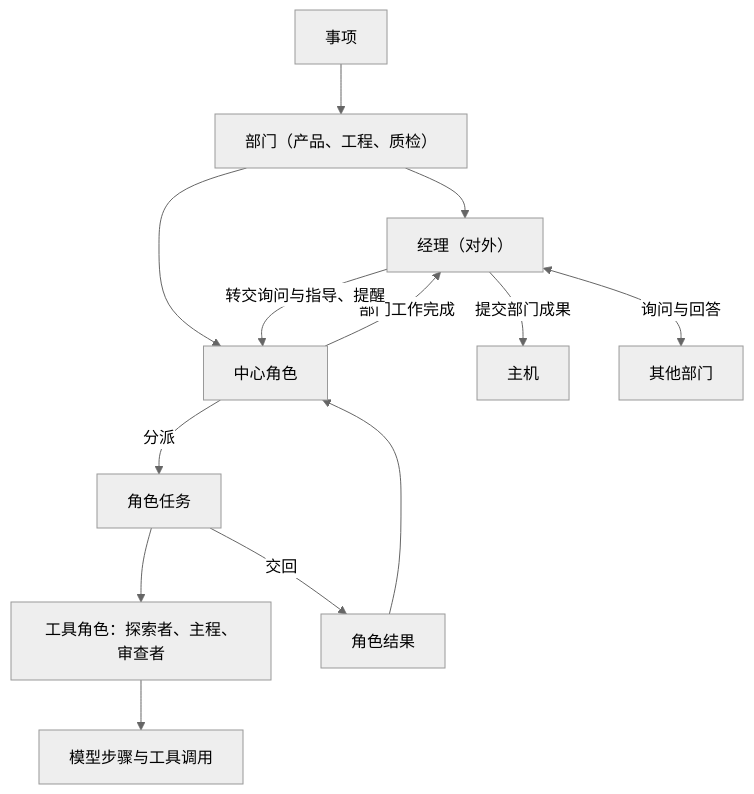
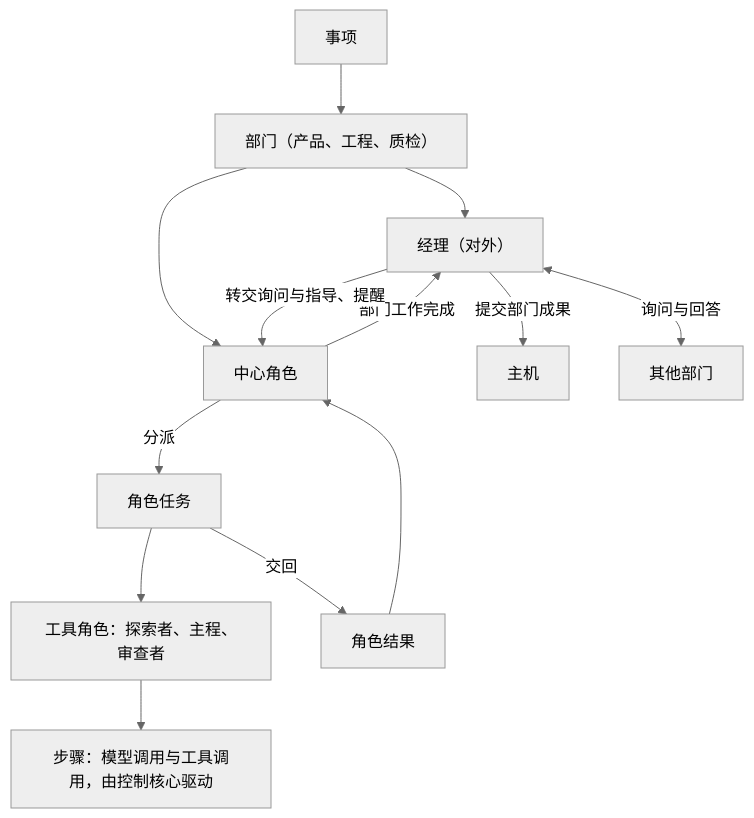
The first of 4 diagrams in docs/design/department-roles.md (bender2333/yudao), drawn with Mermaid (neutral theme) before and after one commit. The commit also changed other lines of this file and 17 other files, not shown here.

````diff
--- a/docs/design/department-roles.md
+++ b/docs/design/department-roles.md
@@ -41,15 +41,15 @@
 ```mermaid
 flowchart TB
   Run["事项"] --> Dept["部门（产品、工程、质检）"]
   Dept --> Mgr["经理（对外）"]
   Dept --> Center["中心角色"]
   Center -->|"分派"| Task["角色任务"]
   Task --> Tool["工具角色：探索者、主程、审查者"]
-  Tool --> Step["模型步骤与工具调用"]
+  Tool --> Step["步骤：模型调用与工具调用，由控制核心驱动"]
   Task -->|"交回"| Result["角色结果"]
   Result --> Center
   Center -->|"部门工作完成"| Mgr
   Mgr -->|"提交部门成果"| Host["主机"]
   Mgr <-->|"询问与回答"| Other["其他部门"]
   Mgr -->|"转交询问与指导、提醒"| Center
 ```
````
